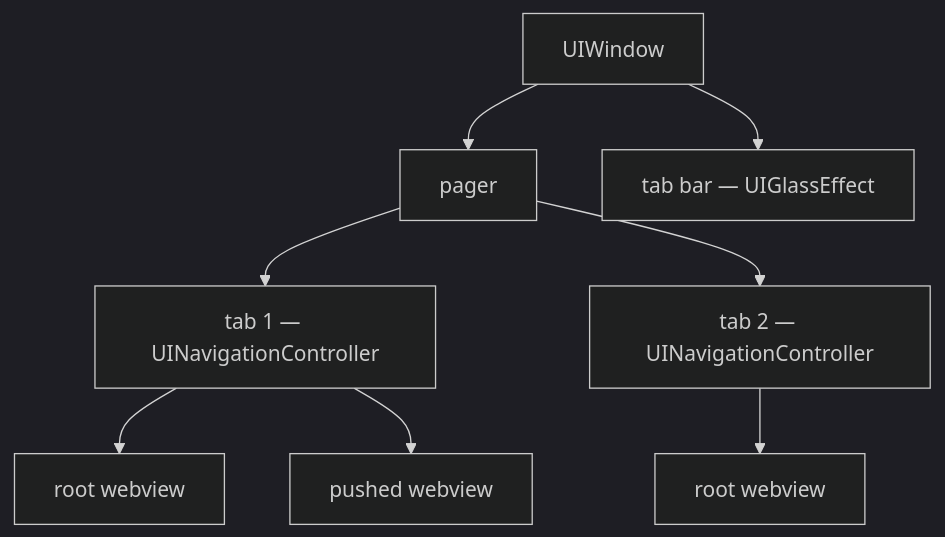
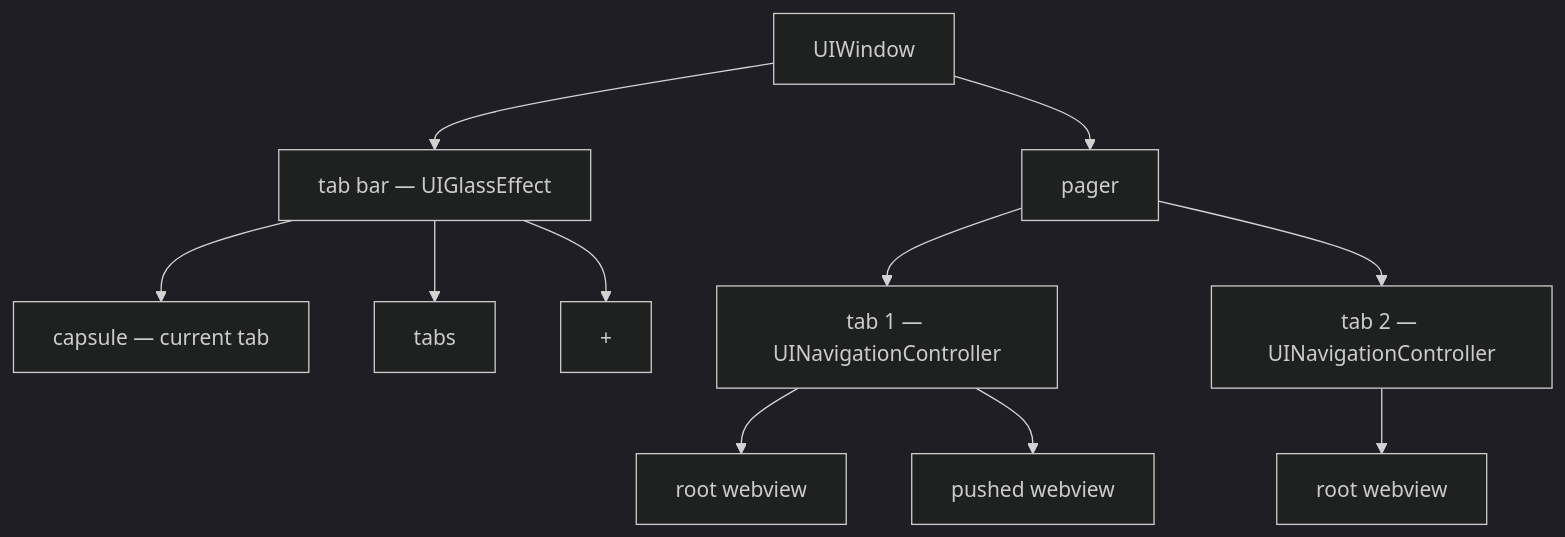
One commit to vmux-ai/vmux changed diagram 11 of 12 in docs/architecture.md. Above: the diagram before and after it, drawn with Mermaid (dark theme). The commit also changed other lines of this file, not shown here.

First line of the commit message:
Draw the tab bar and the overview

````diff
--- a/docs/architecture.md
+++ b/docs/architecture.md
@@ -428,10 +428,13 @@
 ```mermaid
 graph TB
     W[UIWindow] --> P[pager]
     W --> B["tab bar — UIGlassEffect"]
+    B --> C["capsule — current tab"]
+    B --> T["tabs"]
+    B --> A["+"]
     P --> N1["tab 1 — UINavigationController"]
     P --> N2["tab 2 — UINavigationController"]
     N1 --> L1[root webview]
     N1 --> L2[pushed webview]
     N2 --> L3[root webview]
 ```
````
